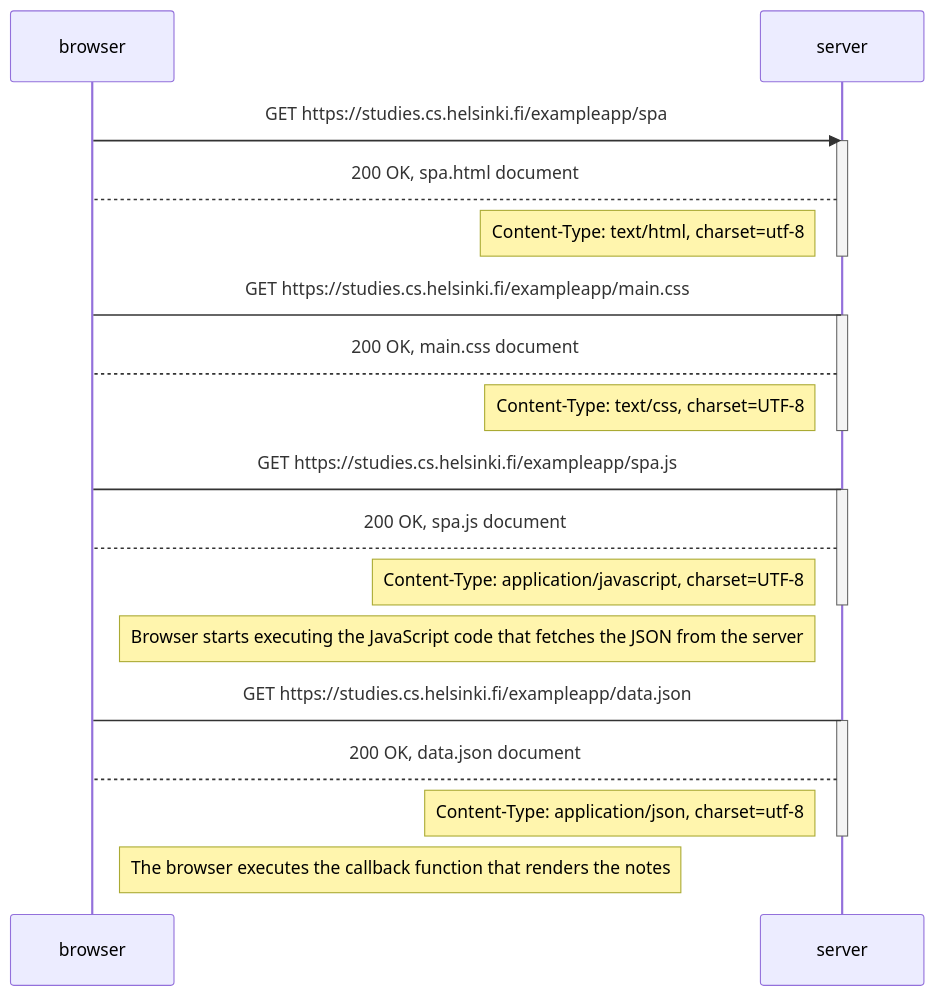
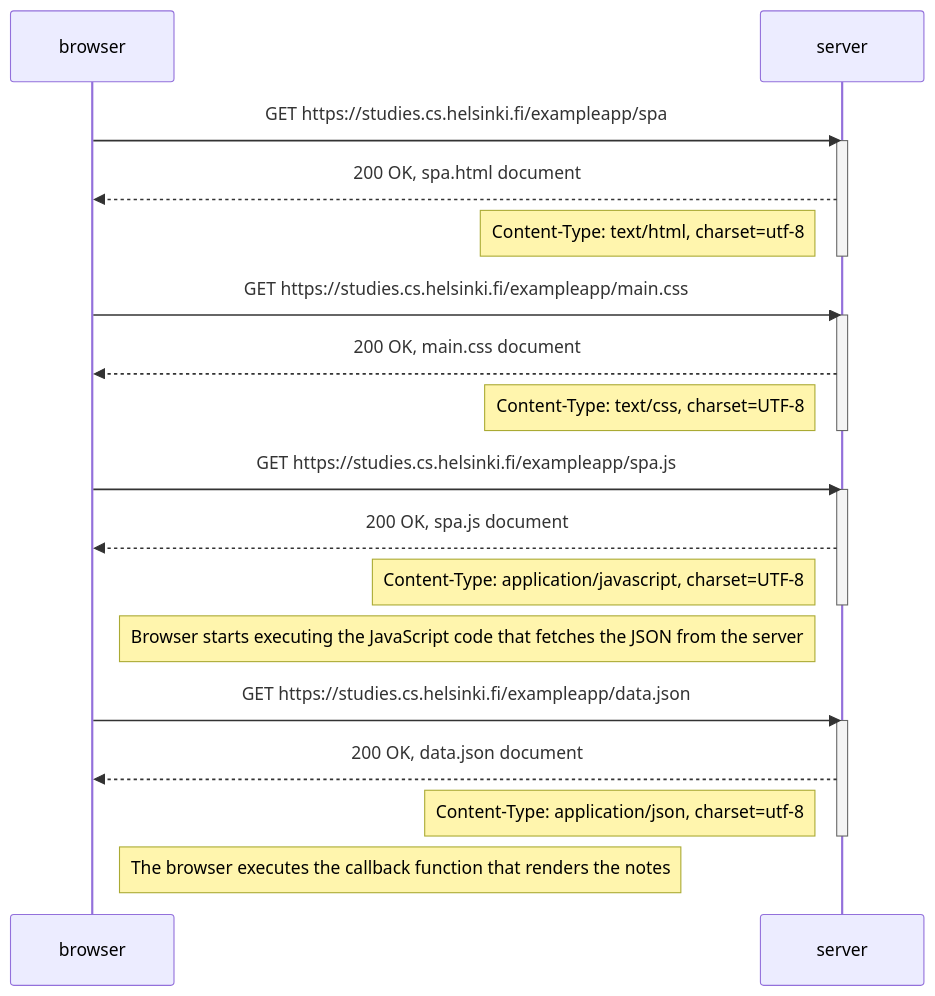
The diagram in FullSTack_part0_0.5_SinglePageAppDiagram.md (sonata22/FullStack_part0), drawn with Mermaid before and after one commit.

````diff
--- a/FullSTack_part0_0.5_SinglePageAppDiagram.md
+++ b/FullSTack_part0_0.5_SinglePageAppDiagram.md
@@ -3,33 +3,33 @@
 ```mermaid
 sequenceDiagram
     participant browser
     participant server
 
     browser->>server: GET https://studies.cs.helsinki.fi/exampleapp/spa
     activate server
-    server-->browser: 200 OK, spa.html document
+    server-->>browser: 200 OK, spa.html document
     Note left of server: Content-Type: text/html, charset=utf-8
     deactivate server
 
-    browser->server: GET https://studies.cs.helsinki.fi/exampleapp/main.css
+    browser->>server: GET https://studies.cs.helsinki.fi/exampleapp/main.css
     activate server
-    server-->browser: 200 OK, main.css document
+    server-->>browser: 200 OK, main.css document
     Note left of server: Content-Type: text/css, charset=UTF-8
     deactivate server
 
-    browser->server: GET https://studies.cs.helsinki.fi/exampleapp/spa.js
+    browser->>server: GET https://studies.cs.helsinki.fi/exampleapp/spa.js
     activate server
-    server-->browser: 200 OK, spa.js document
+    server-->>browser: 200 OK, spa.js document
     Note left of server: Content-Type: application/javascript, charset=UTF-8
     deactivate server
 
     Note right of browser: Browser starts executing the JavaScript code that fetches the JSON from the server
 
-    browser->server: GET https://studies.cs.helsinki.fi/exampleapp/data.json
+    browser->>server: GET https://studies.cs.helsinki.fi/exampleapp/data.json
     activate server
-    server-->browser: 200 OK, data.json document
+    server-->>browser: 200 OK, data.json document
     Note left of server: Content-Type: application/json, charset=utf-8
     deactivate server
 
     Note right of browser: The browser executes the callback function that renders the notes
 ```
````
